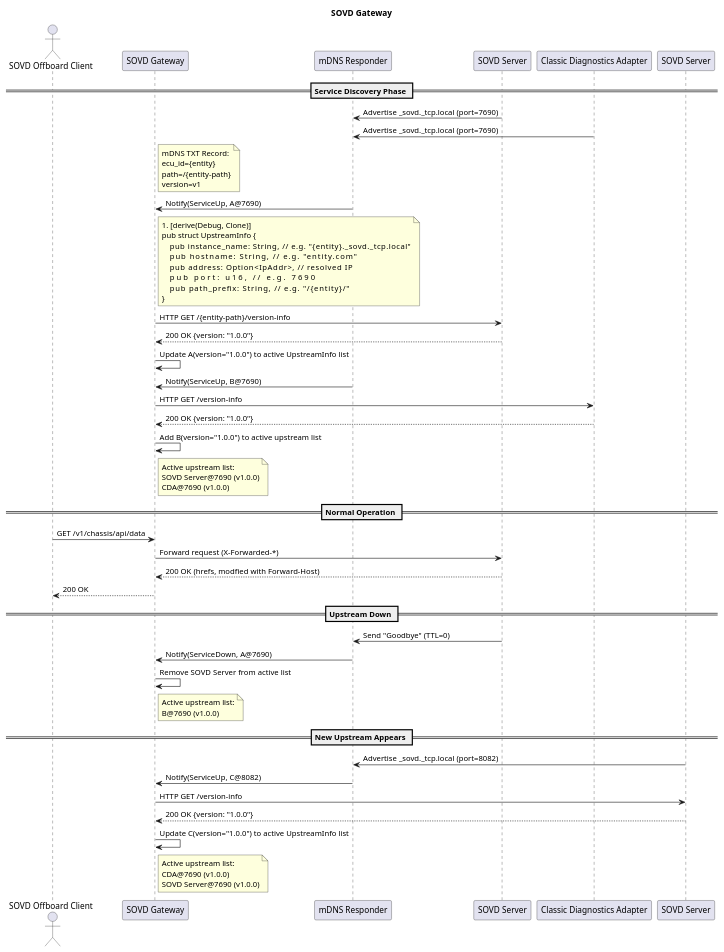
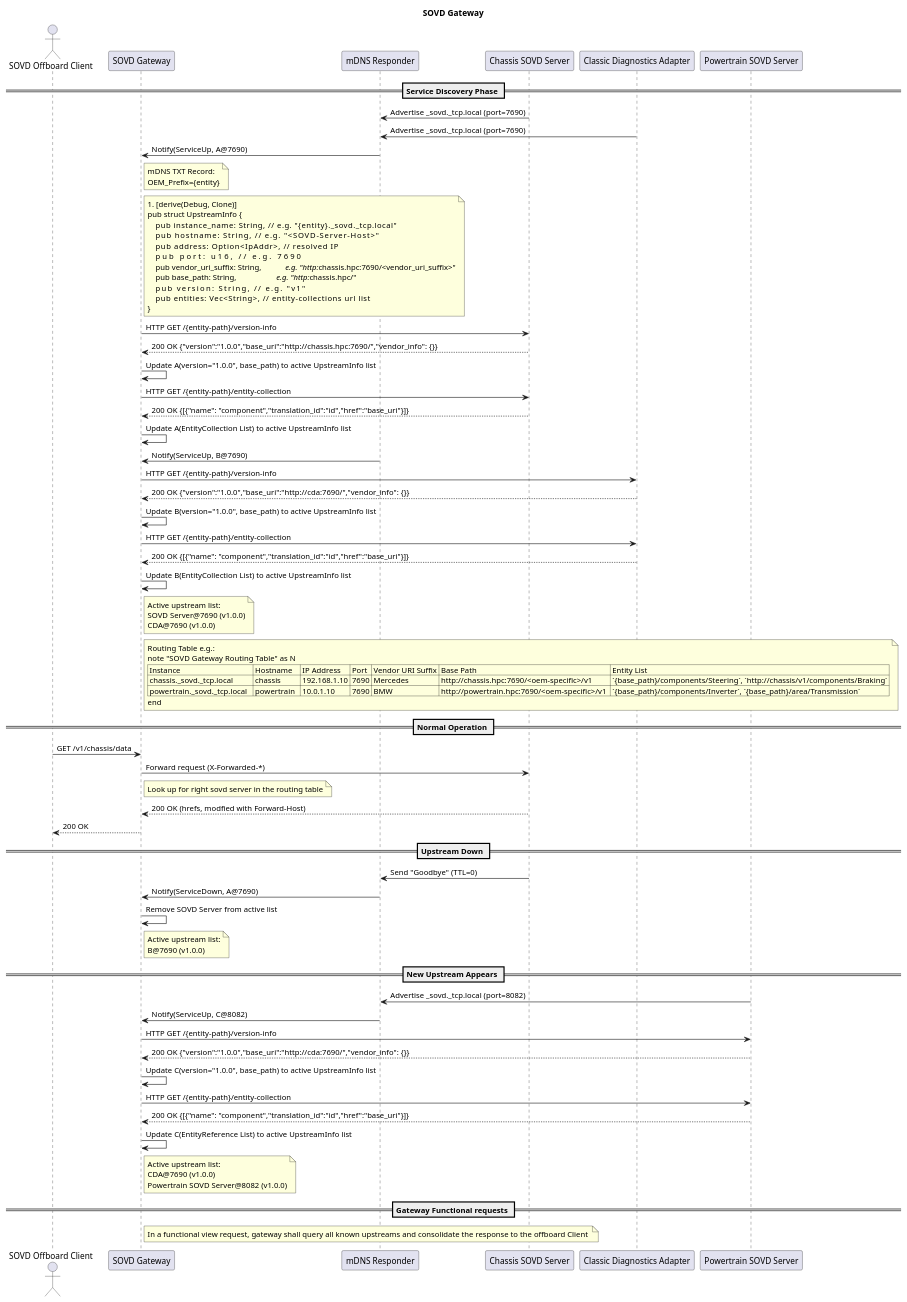
One commit to lorinciubeica10/opensovd-core changed the diagram in docs/architecture/sovd_gateway_sovd_server_seq.puml. Above: the diagram before and after it, drawn with PlantUML. The commit also changed 4 other files, not shown here.

Commit message:
updated gateway/Server sequence diagram

```diff
--- a/docs/architecture/sovd_gateway_sovd_server_seq.puml
+++ b/docs/architecture/sovd_gateway_sovd_server_seq.puml
@@ -1,82 +1,117 @@
 @startuml
 title SOVD Gateway
 
 actor "SOVD Offboard Client" as Client
 participant "SOVD Gateway" as Gateway
 participant "mDNS Responder" as MDNS
-participant "SOVD Server" as A
+participant "Chassis SOVD Server" as A
 participant "Classic Diagnostics Adapter" as B
 
 == Service Discovery Phase ==
 
 A -> MDNS: Advertise _sovd._tcp.local (port=7690)
 B -> MDNS: Advertise _sovd._tcp.local (port=7690)
 
+MDNS -> Gateway: Notify(ServiceUp, A@7690)
+
 note right of Gateway
 mDNS TXT Record:
-ecu_id={entity}
-path=/{entity-path}
-version=v1
+OEM_Prefix={entity}
 end note
 
-MDNS -> Gateway: Notify(ServiceUp, A@7690)
+
 note right of Gateway
 #[derive(Debug, Clone)]
 pub struct UpstreamInfo {
     pub instance_name: String,               // e.g. "{entity}._sovd._tcp.local"
-    pub hostname: String,                    // e.g. "entity.com"
+    pub hostname: String,                    // e.g. "<SOVD-Server-Host>"
     pub address: Option<IpAddr>,             // resolved IP
     pub port: u16,                           // e.g. 7690
-    pub path_prefix: String,                 // e.g. "/{entity}/"
+    pub vendor_uri_suffix: String,           // e.g. "http://chassis.hpc:7690/<vendor_uri_suffix>"
+    pub base_path: String,                   // e.g. "http://chassis.hpc/"
+    pub version: String,                     // e.g. "v1"
+    pub entities: Vec<String>,               // entity-collections url list
 }
 end note
 
 Gateway -> A: HTTP GET /{entity-path}/version-info
-A --> Gateway: 200 OK {version: "1.0.0"}
-Gateway -> Gateway: Update A(version="1.0.0") to active UpstreamInfo list
+A --> Gateway: 200 OK {"version":"1.0.0","base_uri":"http://chassis.hpc:7690/","vendor_info": {}}
+Gateway -> Gateway: Update A(version="1.0.0", base_path) to active UpstreamInfo list
+
+Gateway -> A: HTTP GET /{entity-path}/entity-collection
+A --> Gateway: 200 OK {[{"name": "component","translation_id":"id","href":"base_uri"}]}
+Gateway -> Gateway: Update A(EntityCollection List) to active UpstreamInfo list
 
 MDNS -> Gateway: Notify(ServiceUp, B@7690)
-Gateway -> B: HTTP GET /version-info
-B --> Gateway: 200 OK {version: "1.0.0"}
-Gateway -> Gateway: Add B(version="1.0.0") to active upstream list
+Gateway -> B: HTTP GET /{entity-path}/version-info
+B --> Gateway: 200 OK {"version":"1.0.0","base_uri":"http://cda:7690/","vendor_info": {}}
+Gateway -> Gateway: Update B(version="1.0.0", base_path) to active UpstreamInfo list
+
+Gateway -> B: HTTP GET /{entity-path}/entity-collection
+B --> Gateway: 200 OK {[{"name": "component","translation_id":"id","href":"base_uri"}]}
+Gateway -> Gateway: Update B(EntityCollection List) to active UpstreamInfo list
 
 note right of Gateway
 Active upstream list:
 SOVD Server@7690 (v1.0.0)
 CDA@7690 (v1.0.0)
 end note
 
+
+note right of Gateway
+Routing Table e.g.:
+note "SOVD Gateway Routing Table" as N
+| Instance                     | Hostname    | IP Address   | Port | Vendor URI Suffix | Base Path                     | Entity List |
+| chassis._sovd._tcp.local      | chassis    | 192.168.1.10 | 7690 | Mercedes        | http://chassis.hpc:7690/<oem-specific>/v1     | `{base_path}/components/Steering`, `http://chassis/v1/components/Braking` |
+| powertrain._sovd._tcp.local   | powertrain | 10.0.1.10    | 7690 | BMW             | http://powertrain.hpc:7690/<oem-specific>/v1  | `{base_path}/components/Inverter`, `{base_path}/area/Transmission` |
+end 
+endnote
+
 == Normal Operation ==
 
-Client -> Gateway: GET /v1/chassis/api/data
+
+Client -> Gateway: GET /v1/chassis/data
 Gateway -> A: Forward request (X-Forwarded-*)
+note right of Gateway
+Look up for right sovd server in the routing table
+end note
 A --> Gateway: 200 OK (hrefs, modfied with Forward-Host)
 Gateway --> Client: 200 OK
 
 == Upstream Down ==
 
 A -> MDNS: Send "Goodbye" (TTL=0)
 MDNS -> Gateway: Notify(ServiceDown, A@7690)
 Gateway -> Gateway: Remove SOVD Server from active list
 
 note right of Gateway
 Active upstream list:
 B@7690 (v1.0.0)
 end note
 
 == New Upstream Appears ==
 
-participant "SOVD Server" as C
+participant "Powertrain SOVD Server" as C
 C -> MDNS: Advertise _sovd._tcp.local (port=8082)
 MDNS -> Gateway: Notify(ServiceUp, C@8082)
-Gateway -> C: HTTP GET /version-info
-C --> Gateway: 200 OK {version: "1.0.0"}
-Gateway -> Gateway: Update C(version="1.0.0") to active UpstreamInfo list
+Gateway -> C: HTTP GET /{entity-path}/version-info
+C --> Gateway: 200 OK {"version":"1.0.0","base_uri":"http://cda:7690/","vendor_info": {}}
+Gateway -> Gateway: Update C(version="1.0.0", base_path) to active UpstreamInfo list
+
+Gateway -> C: HTTP GET /{entity-path}/entity-collection
+C --> Gateway: 200 OK {[{"name": "component","translation_id":"id","href":"base_uri"}]}
+Gateway -> Gateway: Update C(EntityReference List) to active UpstreamInfo list
 
 note right of Gateway
 Active upstream list:
 CDA@7690 (v1.0.0)
-SOVD Server@7690 (v1.0.0)
+Powertrain SOVD Server@8082 (v1.0.0)
 end note
 
+== Gateway Functional requests ==
+note right of Gateway
+In a functional view request, gateway shall query all known upstreams and consolidate the response to the offboard Client 
+end note
+
+
 @enduml
```
